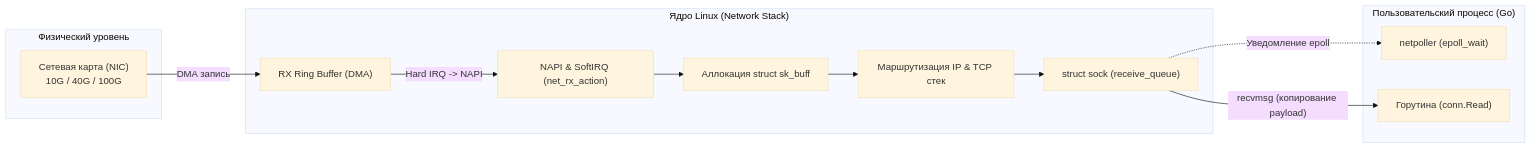
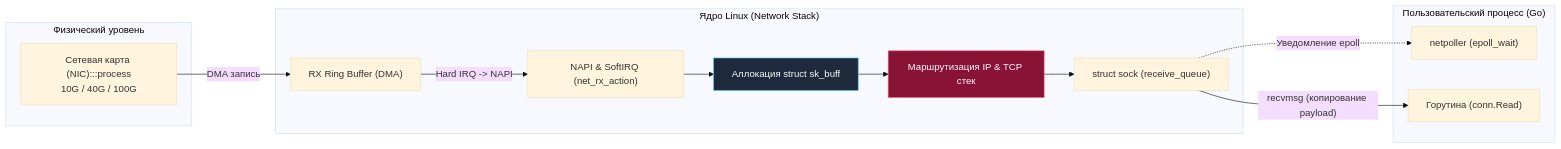
The first of 5 diagrams in sources/2. Устройство и работа ОС/47. Сетевая подсистема ОС.md (UnrealTemplier/go-textbook), drawn with Mermaid (base theme) before and after one commit. The commit also changed other lines of this file and 1666 other files, not shown here.

First line of the commit message:
feat(mermaid): add semantic color classDef to 1369 colorless flowchart/graph diagrams

````diff
--- a/sources/2. Устройство и работа ОС/47. Сетевая подсистема ОС.md
+++ b/sources/2. Устройство и работа ОС/47. Сетевая подсистема ОС.md
@@ -14,26 +14,36 @@
 ```mermaid
 flowchart LR
+    classDef process  fill:#1e293b,stroke:#38bdf8,stroke-width:1px,color:#f8fafc
+    classDef success  fill:#064e3b,stroke:#34d399,stroke-width:1px,color:#f8fafc
+    classDef error    fill:#7f1d1d,stroke:#f87171,stroke-width:1px,color:#f8fafc
+    classDef warning  fill:#78350f,stroke:#fbbf24,stroke-width:1px,color:#f8fafc
+    classDef entry    fill:#1e3a5f,stroke:#38bdf8,stroke-width:2px,color:#f8fafc
+    classDef aux      fill:#334155,stroke:#64748b,stroke-width:1px,color:#f8fafc
+    classDef system   fill:#312e81,stroke:#a78bfa,stroke-width:1px,color:#f8fafc
+    classDef data     fill:#132d29,stroke:#2dd4bf,stroke-width:1px,color:#f8fafc
+    classDef network  fill:#881337,stroke:#fb7185,stroke-width:1px,color:#f8fafc
+    classDef accent   fill:#1e1b4b,stroke:#818cf8,stroke-width:1px,color:#f8fafc
     subgraph Hardware["Физический уровень"]
-        NIC["Сетевая карта (NIC)
+        NIC["Сетевая карта (NIC):::process
 10G / 40G / 100G"]
     end
     subgraph Kernel["Ядро Linux (Network Stack)"]
         Ring["RX Ring Buffer (DMA)"]
         NAPI["NAPI & SoftIRQ (net_rx_action)"]
-        SKB["Аллокация struct sk_buff"]
-        L3L4["Маршрутизация IP & TCP стек"]
+        SKB["Аллокация struct sk_buff"]:::process
+        L3L4["Маршрутизация IP & TCP стек"]:::network
         SockQ["struct sock (receive_queue)"]
     end
     subgraph UserSpace["Пользовательский процесс (Go)"]
         Netpoll["netpoller (epoll_wait)"]
         Goroutine["Горутина (conn.Read)"]
     end
 
     NIC -->|"DMA запись"| Ring
     Ring -->|"Hard IRQ -> NAPI"| NAPI
     NAPI --> SKB
     SKB --> L3L4
     L3L4 --> SockQ
     SockQ -.->|"Уведомление epoll"| Netpoll
     SockQ -->|"recvmsg (копирование payload)"| Goroutine
 ```
````
